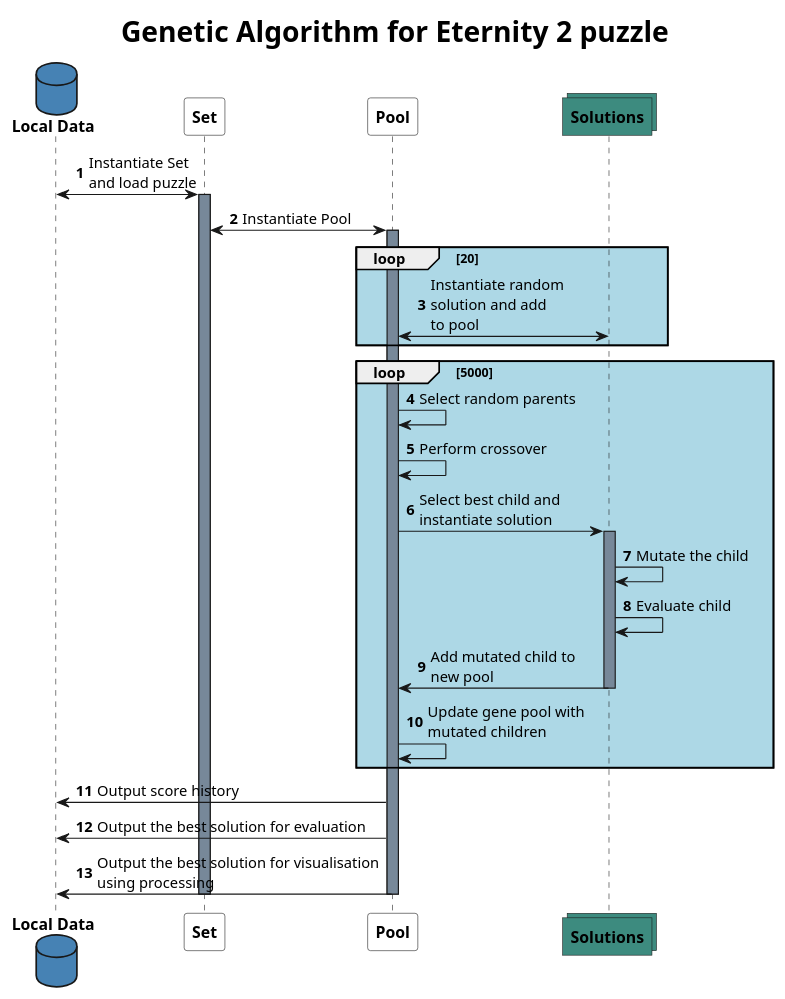
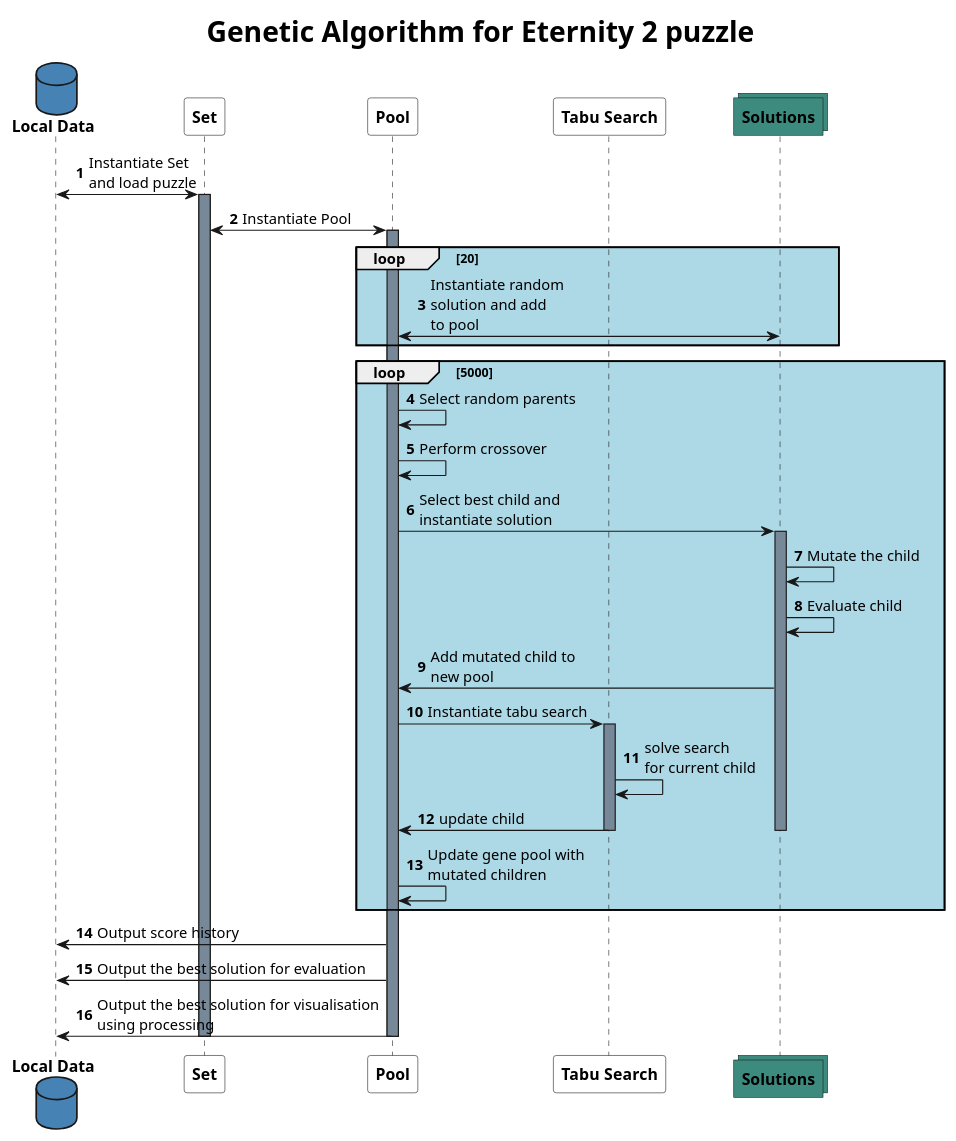
Before and after one commit to romainmrad/Eternity: the diagram in docs/sequence.puml, drawn with PlantUML. The commit also changed 10 other files, not shown here.

Commit message:
Adding new UML diagrams and first TS run

```diff
--- a/docs/sequence.puml
+++ b/docs/sequence.puml
@@ -1,48 +1,54 @@
 @startuml
 
 skinparam ParticipantFontStyle bold
 skinparam DatabaseFontStyle bold
 skinparam CollectionsFontStyle bold
 skinparam BackgroundColor White
 skinparam TitleFontSize 25
 skinparam TitleFontStyle bold
 autonumber "<font color=blue><b>"
 
 title Genetic Algorithm for Eternity 2 puzzle
 
 database "Local Data" #SteelBlue
 participant Set #White
 participant Pool #White
+participant "Tabu Search" #White
 collections Solutions #3D8B7F
 
 autonumber
 
 "Local Data" <-> Set: Instantiate Set\nand load puzzle
 activate Set #LightSlateGrey
 Set <-> Pool: Instantiate Pool
 activate Pool #LightSlateGrey
 
 loop #LightBlue 20
     Pool <-> Solutions: Instantiate random\nsolution and add\nto pool
 end
 
 loop #LightBlue 5000
     Pool -> Pool: Select random parents
     Pool -> Pool: Perform crossover
     Pool -> Solutions: Select best child and\ninstantiate solution
     activate Solutions #LightSlateGrey
     Solutions -> Solutions: Mutate the child
     Solutions -> Solutions: Evaluate child
     Solutions -> Pool: Add mutated child to\nnew pool
+    Pool -> "Tabu Search": Instantiate tabu search
+    activate "Tabu Search" #LightSlateGrey
+    "Tabu Search" -> "Tabu Search": solve search\nfor current child
+    "Tabu Search" -> Pool: update child
+    deactivate "Tabu Search"
     deactivate Solutions #LightSlateGrey
     Pool -> Pool: Update gene pool with\nmutated children
 end
 
 Pool -> "Local Data": Output score history
 Pool -> "Local Data": Output the best solution for evaluation
 Pool -> "Local Data": Output the best solution for visualisation\nusing processing
 
 deactivate Set
 deactivate Pool
 
 @enduml
```
